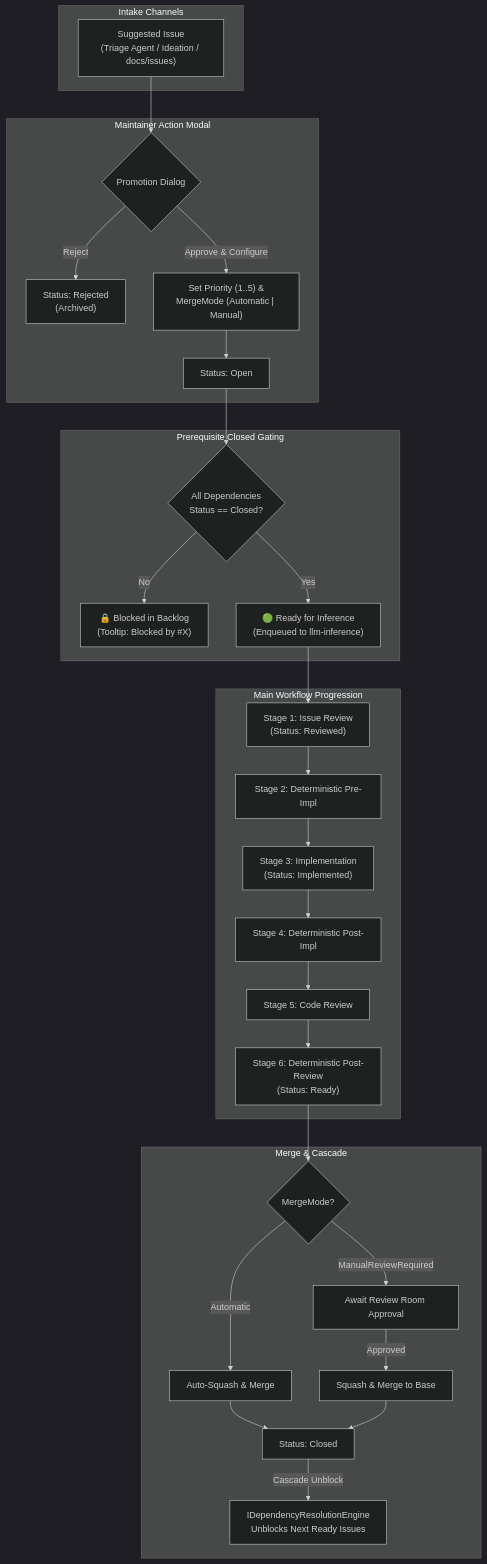
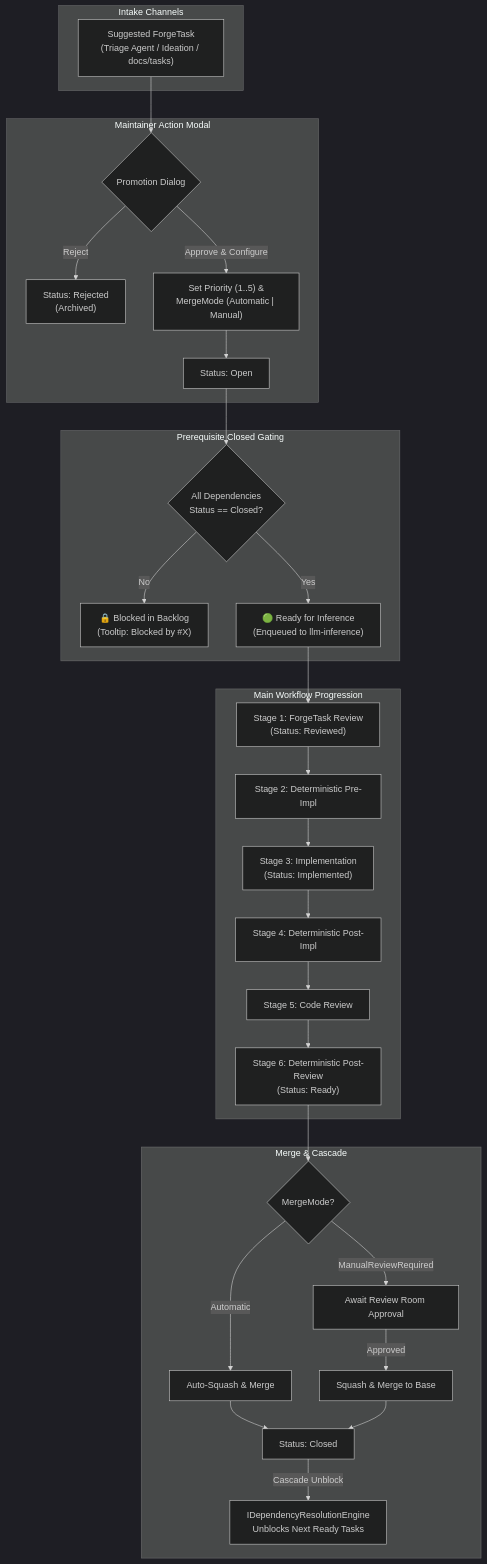
One commit to jetelain/NightCodeForge changed the diagram in docs/plan/phase-5/STEP_5_4_BACKLOG_AND_VISUAL_DAG.md. Above: the diagram before and after it, drawn with Mermaid (dark theme). The commit also changed other lines of this file and 151 other files, not shown here.

Commit message:
Issue -> Task

````diff
--- a/docs/plan/phase-5/STEP_5_4_BACKLOG_AND_VISUAL_DAG.md
+++ b/docs/plan/phase-5/STEP_5_4_BACKLOG_AND_VISUAL_DAG.md
@@ -35,38 +35,38 @@
 ```mermaid
 flowchart TD
     subgraph Intake ["Intake Channels"]
-        Suggested["Suggested Issue\n(Triage Agent / Ideation / docs/issues)"]
+        Suggested["Suggested ForgeTask\n(Triage Agent / Ideation / docs/tasks)"]
     end
 
     subgraph Promotion ["Maintainer Action Modal"]
         Suggested --> PromoteModal{"Promotion Dialog"}
         PromoteModal -->|Reject| Rejected["Status: Rejected\n(Archived)"]
         PromoteModal -->|Approve & Configure| SetConfig["Set Priority (1..5) &\nMergeMode (Automatic | Manual)"]
         SetConfig --> Open["Status: Open"]
     end
 
     subgraph DependencyGate ["Prerequisite Closed Gating"]
         Open --> PrereqCheck{"All Dependencies\nStatus == Closed?"}
         PrereqCheck -->|No| BlockedBadge["🔒 Blocked in Backlog\n(Tooltip: Blocked by #X)"]
         PrereqCheck -->|Yes| ReadyBadge["🟢 Ready for Inference\n(Enqueued to llm-inference)"]
     end
 
     subgraph ExecutionLifecycle ["Main Workflow Progression"]
-        ReadyBadge --> ReviewStage["Stage 1: Issue Review\n(Status: Reviewed)"]
+        ReadyBadge --> ReviewStage["Stage 1: ForgeTask Review\n(Status: Reviewed)"]
         ReviewStage --> PreImpl["Stage 2: Deterministic Pre-Impl"]
         PreImpl --> ImplStage["Stage 3: Implementation\n(Status: Implemented)"]
         ImplStage --> PostImpl["Stage 4: Deterministic Post-Impl"]
         PostImpl --> CodeReview["Stage 5: Code Review"]
         CodeReview --> PostReview["Stage 6: Deterministic Post-Review\n(Status: Ready)"]
     end
 
     subgraph Finalization ["Merge & Cascade"]
         PostReview --> MergeChoice{"MergeMode?"}
         MergeChoice -->|Automatic| AutoSquash["Auto-Squash & Merge"]
         MergeChoice -->|ManualReviewRequired| ManualWait["Await Review Room Approval"]
         ManualWait -->|Approved| ManualSquash["Squash & Merge to Base"]
         AutoSquash --> Closed["Status: Closed"]
         ManualSquash --> Closed
-        Closed -->|Cascade Unblock| Cascade["IDependencyResolutionEngine\nUnblocks Next Ready Issues"]
+        Closed -->|Cascade Unblock| Cascade["IDependencyResolutionEngine\nUnblocks Next Ready Tasks"]
     end
 ```
````
